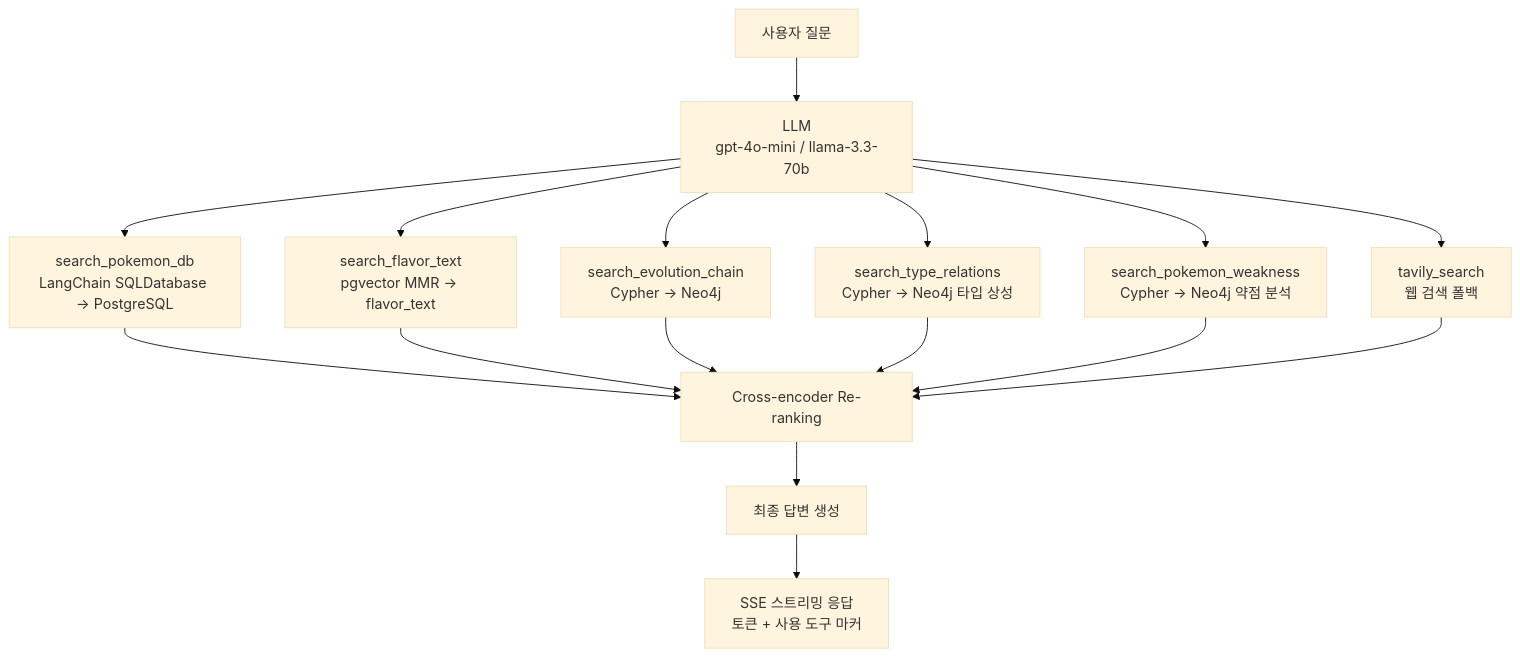
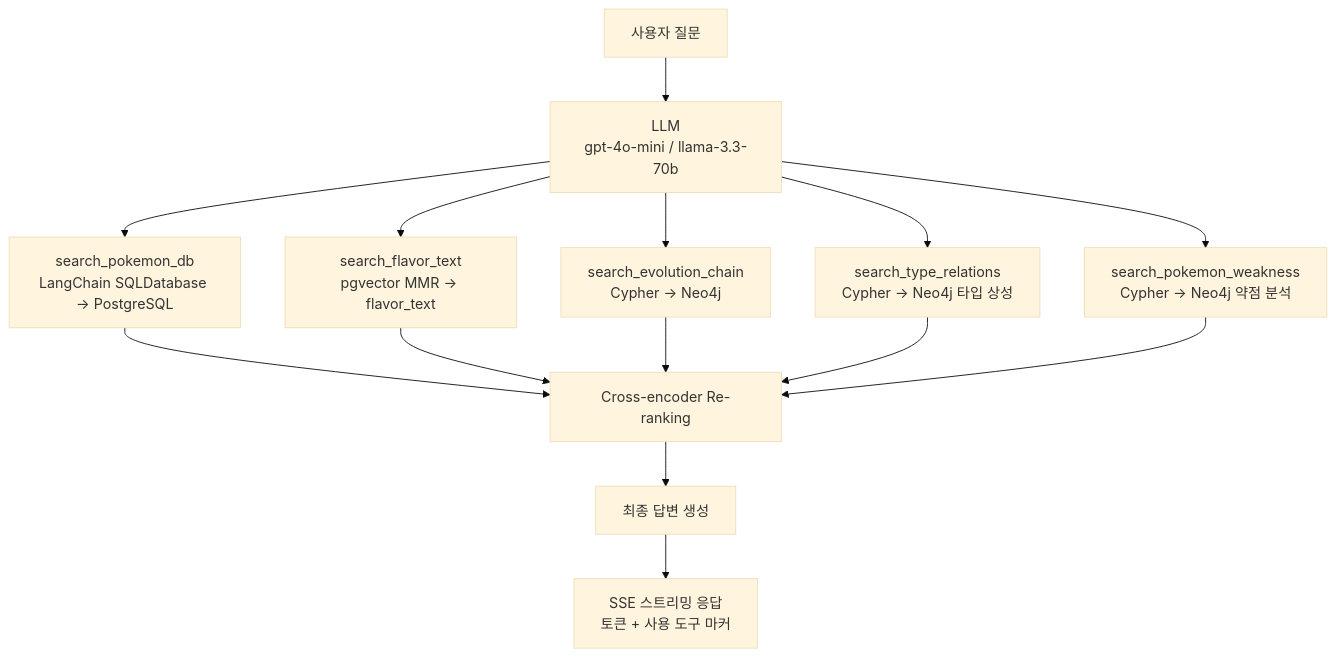
One commit to SKNETWORKS-FAMILY-AICAMP/SKN27-3rd-3TEAM changed the fourth of 12 diagrams in README.md. Above: the diagram before and after it, drawn with Mermaid (base theme). The commit also changed other lines of this file, not shown here.

````diff
--- a/README.md
+++ b/README.md
@@ -221,15 +231,14 @@
 ```mermaid
 flowchart TD
     Q["사용자 질문"] --> LLM["LLM\ngpt-4o-mini / llama-3.3-70b"]
 
     LLM --> T1["search_pokemon_db\nLangChain SQLDatabase → PostgreSQL"]
     LLM --> T2["search_flavor_text\npgvector MMR → flavor_text"]
     LLM --> T3["search_evolution_chain\nCypher → Neo4j"]
     LLM --> T4["search_type_relations\nCypher → Neo4j 타입 상성"]
     LLM --> T5["search_pokemon_weakness\nCypher → Neo4j 약점 분석"]
-    LLM --> T6["tavily_search\n웹 검색 폴백"]
 
-    T1 & T2 & T3 & T4 & T5 & T6 --> RE["Cross-encoder Re-ranking"]
+    T1 & T2 & T3 & T4 & T5 --> RE["Cross-encoder Re-ranking"]
     RE --> ANS["최종 답변 생성"]
     ANS --> SSE["SSE 스트리밍 응답\n토큰 + 사용 도구 마커"]
 ```
````
